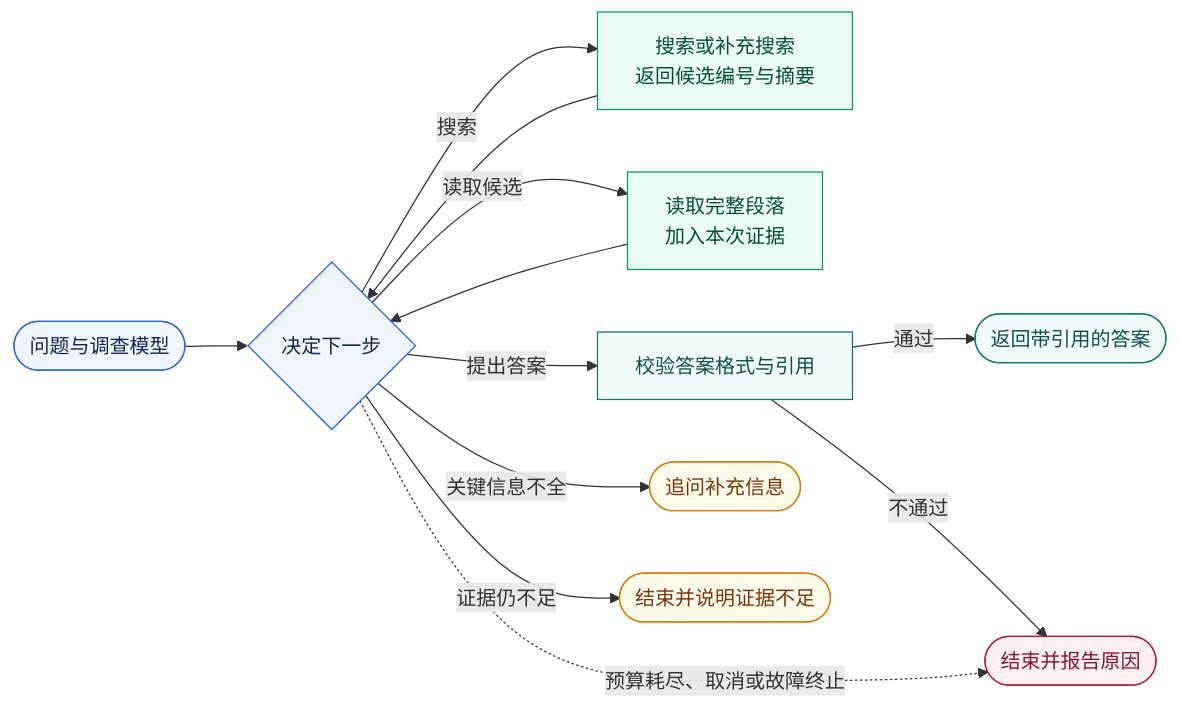
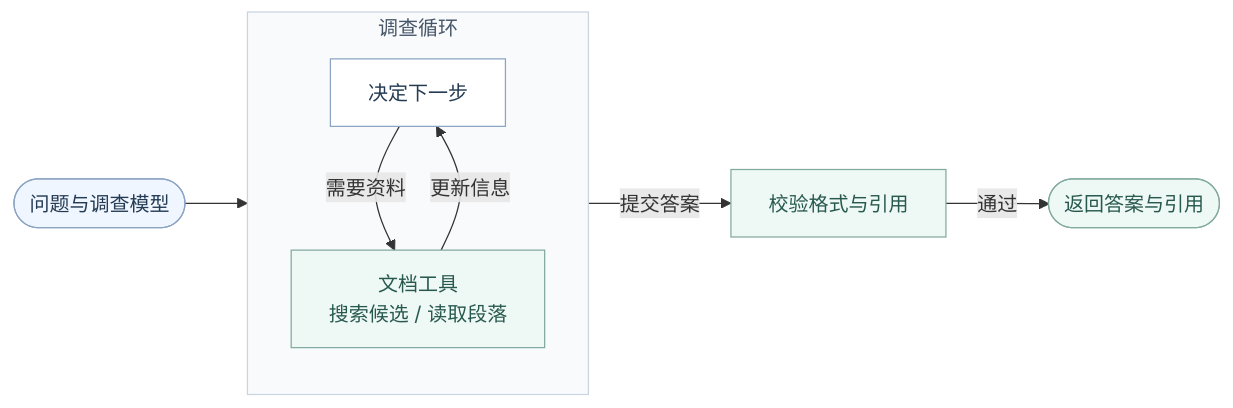
One commit to margerit0/EvidenceRAG changed the first of 2 diagrams in README.md. Above: the diagram before and after it, drawn with Mermaid. The commit also changed other lines of this file and 13 other files, not shown here.

````diff
--- a/README.md
+++ b/README.md
@@ -36,25 +36,23 @@
 ```mermaid
 flowchart LR
-    Q([问题与调查模型]) --> D{决定下一步}
-    D -->|搜索| S[搜索或补充搜索<br/>返回候选编号与摘要]
-    S --> D
-    D -->|读取候选| E[读取完整段落<br/>加入本次证据]
-    E --> D
-    D -->|提出答案| V[校验答案格式与引用]
-    V -->|通过| A([返回带引用的答案])
-    D -->|关键信息不全| C([追问补充信息])
-    D -->|证据仍不足| N([结束并说明证据不足])
-    V -->|不通过| X([结束并报告原因])
-    D -.->|预算耗尽、取消或故障终止| X
+    Q([问题与调查模型]) --> LOOP
 
-    classDef input fill:#eff6ff,stroke:#2563eb,color:#172554
-    classDef tool fill:#ecfdf5,stroke:#059669,color:#064e3b
-    classDef answer fill:#f0fdfa,stroke:#0f766e,color:#134e4a
-    classDef waiting fill:#fffbeb,stroke:#d97706,color:#78350f
-    classDef stopped fill:#fff1f2,stroke:#be123c,color:#881337
-    class Q,D input
-    class S,E tool
+    subgraph LOOP[调查循环]
+        direction TB
+        D[决定下一步] -->|需要资料| T[文档工具<br/>搜索候选 / 读取段落]
+        T -->|更新信息| D
+    end
+
+    LOOP -->|提交答案| V[校验格式与引用]
+    V -->|通过| A([返回答案与引用])
+
+    classDef input fill:#eff6ff,stroke:#8ba4c2,color:#243b53
+    classDef process fill:#ffffff,stroke:#8ba4c2,color:#243b53
+    classDef tool fill:#eef8f5,stroke:#83aaa0,color:#28594e
+    classDef answer fill:#eef8f5,stroke:#83aaa0,color:#28594e
+    class Q input
+    class D process
+    class T tool
     class V,A answer
-    class C,N waiting
-    class X stopped
+    style LOOP fill:#f8fafc,stroke:#cbd5e1,color:#475569
 ```
````
